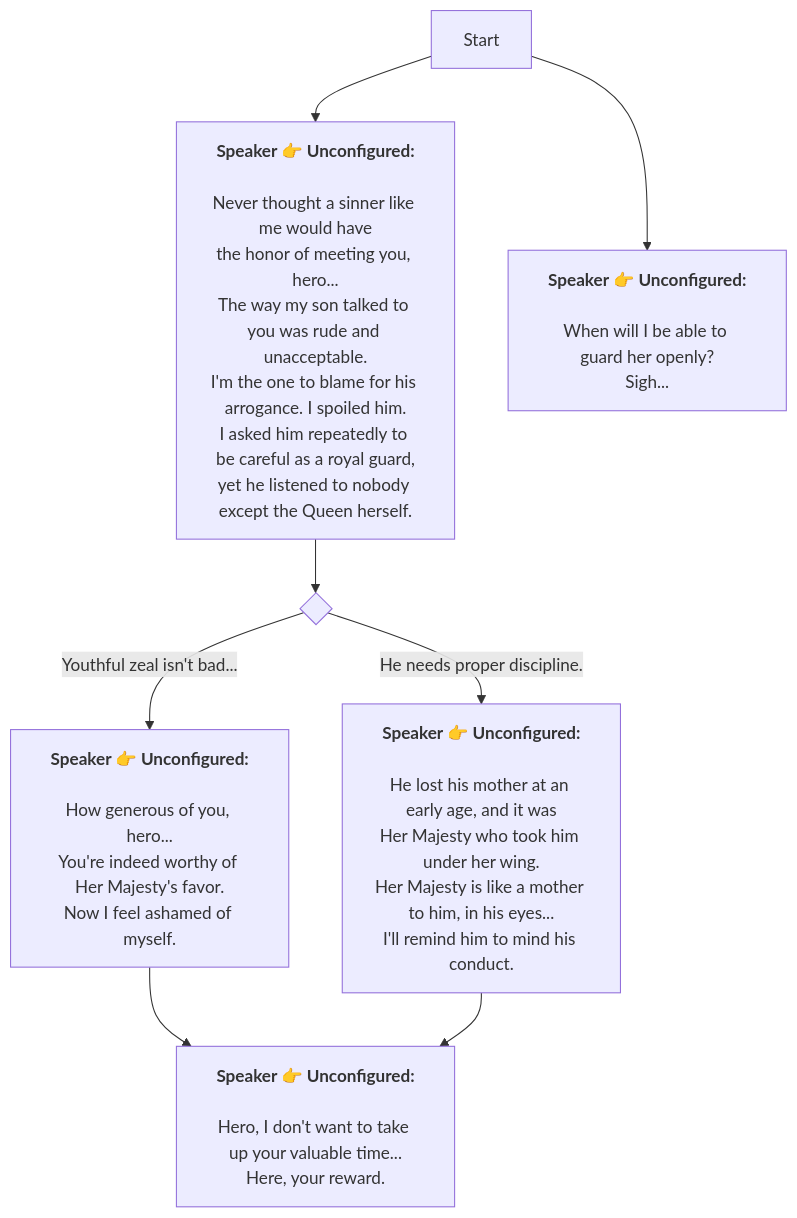
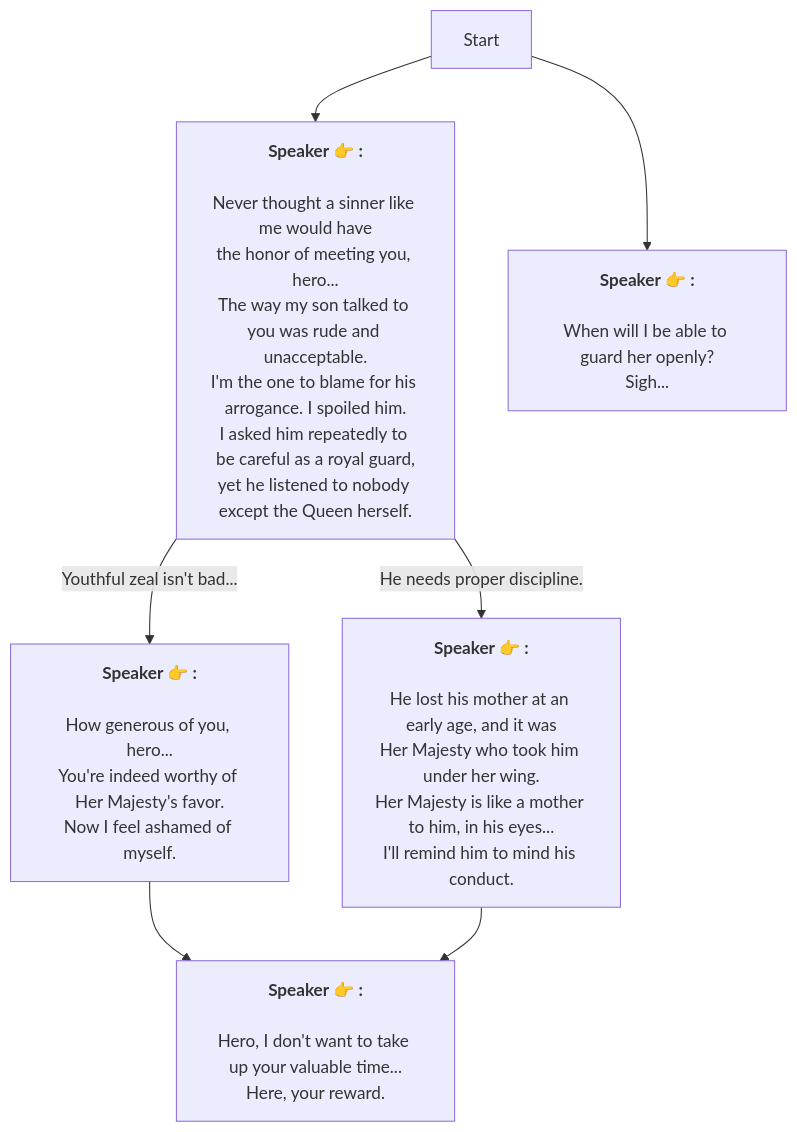
One commit to SoftHu/tos_avg changed the diagram in En/GLP_4.md. Above: the diagram before and after it, drawn with Mermaid. The commit also changed 737 other files, not shown here.

````diff
--- a/En/GLP_4.md
+++ b/En/GLP_4.md
@@ -1,36 +1,26 @@
 ```mermaid
 graph
-Start -->1719164382430250[<b>Speaker 👉 Unconfigured:</b>
-
-Never thought a sinner like me would have
-the honor of meeting you, hero...
-The way my son talked to you was rude and unacceptable.
-I'm the one to blame for his arrogance. I spoiled him.
-I asked him repeatedly to be careful as a royal guard,
+Start -->1719164382430250[<b>Speaker 👉 :</b>
+\nNever thought a sinner like me would have
+the honor of meeting you, hero...\nThe way my son talked to you was rude and unacceptable.
+I'm the one to blame for his arrogance. I spoiled him.\nI asked him repeatedly to be careful as a royal guard,
 yet he listened to nobody except the Queen herself.]
-1719164382430250 -->1719169938053163{ }
-1719169938053163 -->|Youthful zeal isn't bad...|1719170460340272[<b>Speaker 👉 Unconfigured:</b>
-
-How generous of you, hero...
+1719164382430250 -->|Youthful zeal isn't bad...|1719170460340272[<b>Speaker 👉 :</b>
+\nHow generous of you, hero...
 You're indeed worthy of Her Majesty's favor.
 Now I feel ashamed of myself.]
-1719169938053163 -->|He needs proper discipline.|1719170465625137[<b>Speaker 👉 Unconfigured:</b>
-
-He lost his mother at an early age, and it was
+1719164382430250 -->|He needs proper discipline.|1719170465625137[<b>Speaker 👉 :</b>
+\nHe lost his mother at an early age, and it was
 Her Majesty who took him under her wing.
-Her Majesty is like a mother to him, in his eyes...
-I'll remind him to mind his conduct.]
-1719170460340272 -->1719171115381810[<b>Speaker 👉 Unconfigured:</b>
-
-Hero, I don't want to take up your valuable time...
+Her Majesty is like a mother to him, in his eyes...\nI'll remind him to mind his conduct.]
+1719170460340272 -->1719171115381810[<b>Speaker 👉 :</b>
+\nHero, I don't want to take up your valuable time...
 Here, your reward.]
-1719170465625137 -->1719171115381810[<b>Speaker 👉 Unconfigured:</b>
-
-Hero, I don't want to take up your valuable time...
+1719170465625137 -->1719171115381810[<b>Speaker 👉 :</b>
+\nHero, I don't want to take up your valuable time...
 Here, your reward.]
-Start -->1724023778065461[<b>Speaker 👉 Unconfigured:</b>
-
-When will I be able to guard her openly?
+Start -->1724023778065461[<b>Speaker 👉 :</b>
+\nWhen will I be able to guard her openly?
 Sigh...]
 
- ```
+```
````
